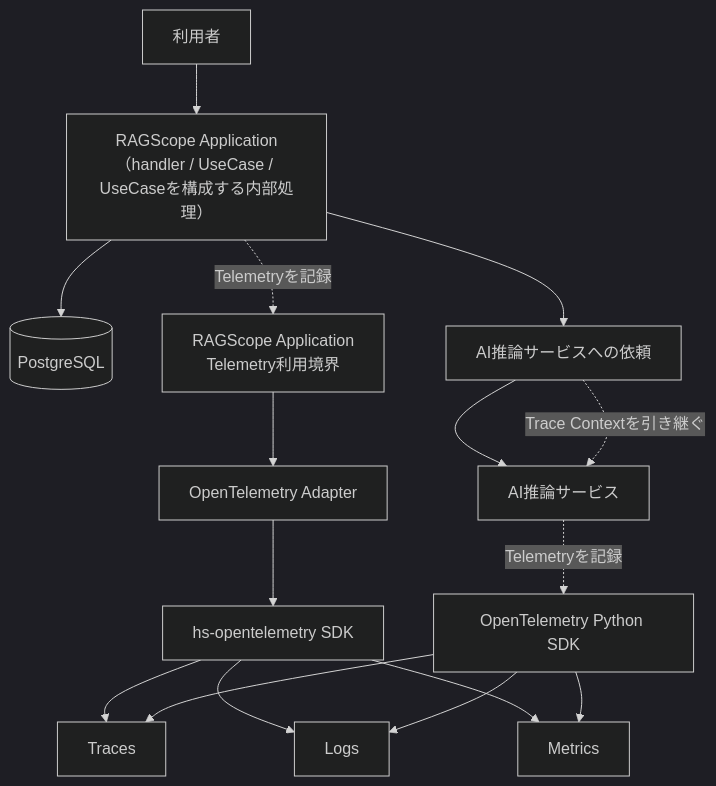
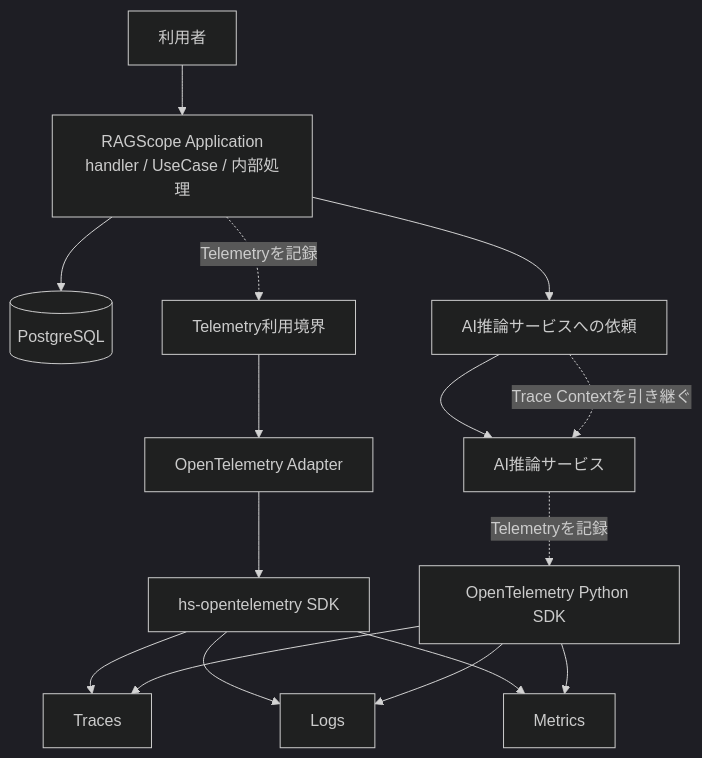
Before and after one commit to takashit16833/Workbench: the first of 2 diagrams in Notes/RAGScope/RAGScopeアプリケーション/RS-0023 Observability設計メモ.md, drawn with Mermaid (dark theme). The commit also changed other lines of this file and 3 other files, not shown here.

````diff
--- a/Notes/RAGScope/RAGScopeアプリケーション/RS-0023 Observability設計メモ.md
+++ b/Notes/RAGScope/RAGScopeアプリケーション/RS-0023 Observability設計メモ.md
@@ -41,22 +46,22 @@
 ```mermaid
 flowchart TB
-    USER["利用者"] --> APP["RAGScope Application（handler / UseCase / UseCaseを構成する内部処理）"]
+    USER["利用者"] --> APP["RAGScope Application<br>handler / UseCase / 内部処理"]
 
     APP --> DB[("PostgreSQL")]
     APP --> AIREQ["AI推論サービスへの依頼"]
     AIREQ --> AI["AI推論サービス"]
     AIREQ -. "Trace Contextを引き継ぐ" .-> AI
 
-    APP -. "Telemetryを記録" .-> TEL["RAGScope Application<br>Telemetry利用境界"]
+    APP -. "Telemetryを記録" .-> TEL["Telemetry利用境界"]
     TEL --> HADAPTER["OpenTelemetry Adapter"]
     HADAPTER --> HSDK["hs-opentelemetry SDK"]
 
     AI -. "Telemetryを記録" .-> PYSDK["OpenTelemetry Python SDK"]
 
     HSDK --> TR["Traces"]
     HSDK --> LG["Logs"]
     HSDK --> MT["Metrics"]
     PYSDK --> TR
     PYSDK --> LG
     PYSDK --> MT
 ```
````
